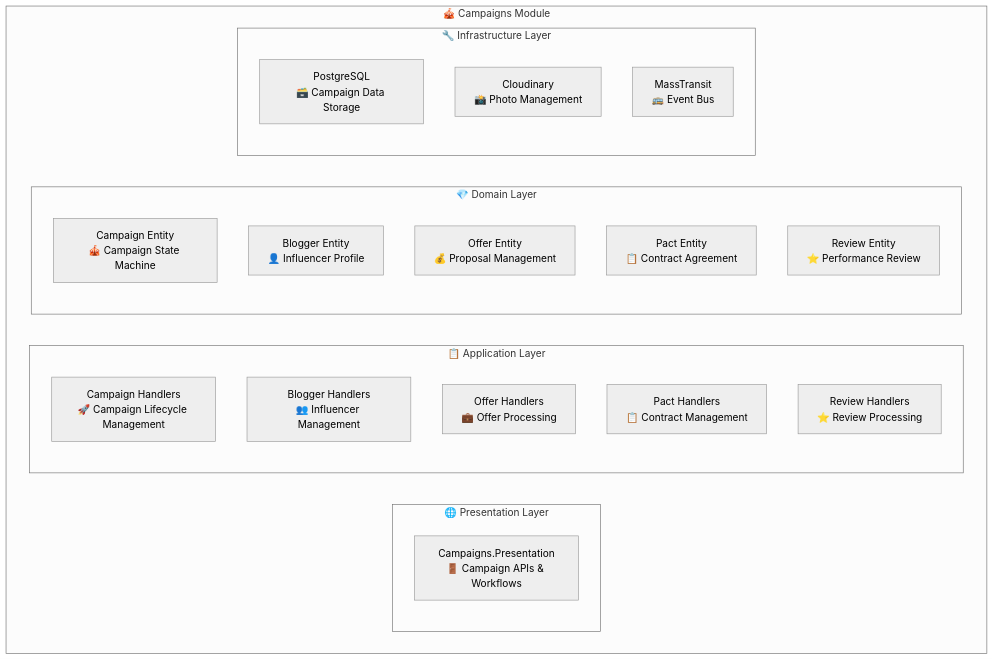
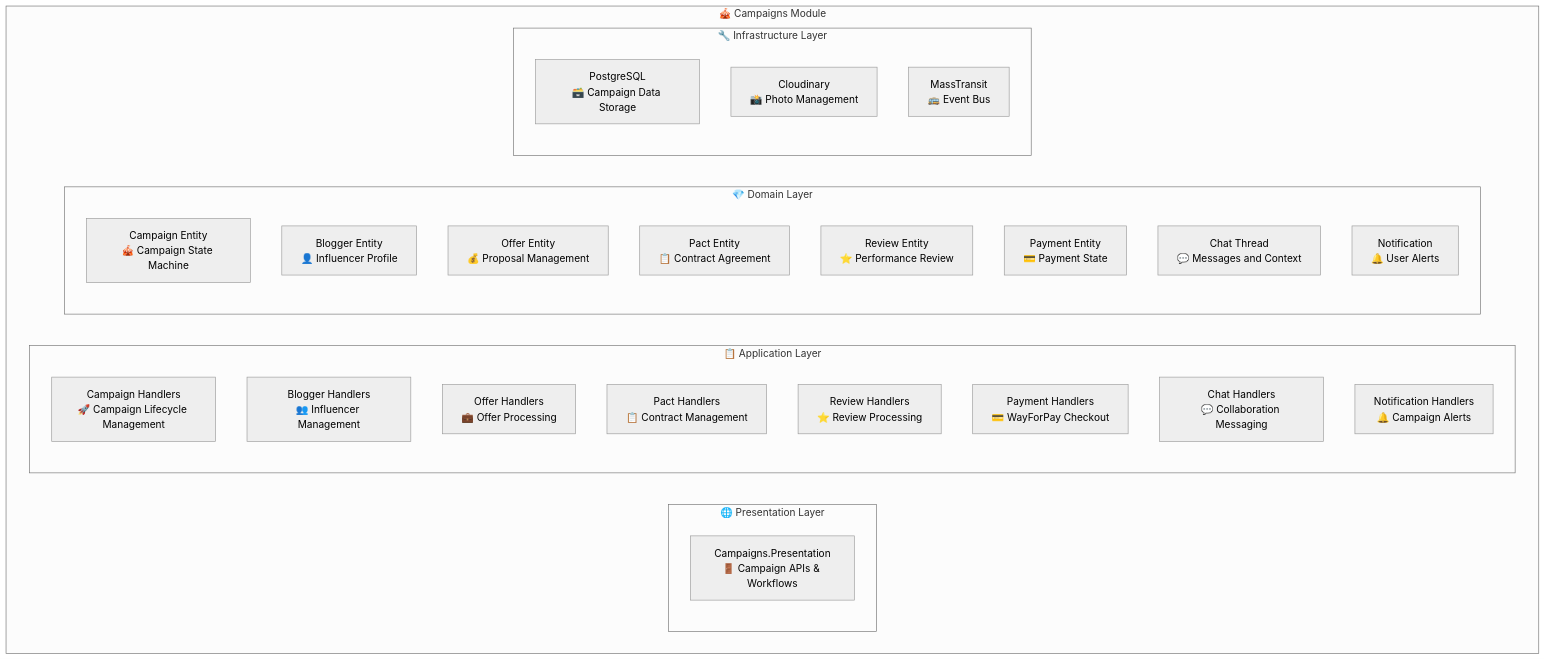
One commit to IIIA-KO/Lanka changed the diagram in docs/modules/campaigns/README.md. Above: the diagram before and after it, drawn with Mermaid (neutral theme). The commit also changed other lines of this file and 5 other files, not shown here.

````diff
--- a/docs/modules/campaigns/README.md
+++ b/docs/modules/campaigns/README.md
@@ -23,30 +23,36 @@
 ```mermaid
 graph TB
     subgraph "🎪 Campaigns Module"
         subgraph "🌐 Presentation Layer"
             CP[Campaigns.Presentation<br/>🚪 Campaign APIs & Workflows]
         end
         
         subgraph "📋 Application Layer"
             CCH[Campaign Handlers<br/>🚀 Campaign Lifecycle Management]
             BCH[Blogger Handlers<br/>👥 Influencer Management]
             OCH[Offer Handlers<br/>💼 Offer Processing]
             PCH[Pact Handlers<br/>📋 Contract Management]
             RCH[Review Handlers<br/>⭐ Review Processing]
+            PAY[Payment Handlers<br/>💳 WayForPay Checkout]
+            CHAT[Chat Handlers<br/>💬 Collaboration Messaging]
+            NOTIF[Notification Handlers<br/>🔔 Campaign Alerts]
         end
         
         subgraph "💎 Domain Layer"
             CAMP[Campaign Entity<br/>🎪 Campaign State Machine]
             BLOG[Blogger Entity<br/>👤 Influencer Profile]
             OFFER[Offer Entity<br/>💰 Proposal Management]
             PACT[Pact Entity<br/>📋 Contract Agreement]
             REV[Review Entity<br/>⭐ Performance Review]
+            PAYMENT[Payment Entity<br/>💳 Payment State]
+            THREAD[Chat Thread<br/>💬 Messages and Context]
+            NOTIFICATION[Notification<br/>🔔 User Alerts]
         end
         
         subgraph "🔧 Infrastructure Layer"
             PG[PostgreSQL<br/>🗃️ Campaign Data Storage]
             CLOUDINARY[Cloudinary<br/>📸 Photo Management]
             MASSTRANSIT[MassTransit<br/>🚌 Event Bus]
         end
     end
 ```
````
